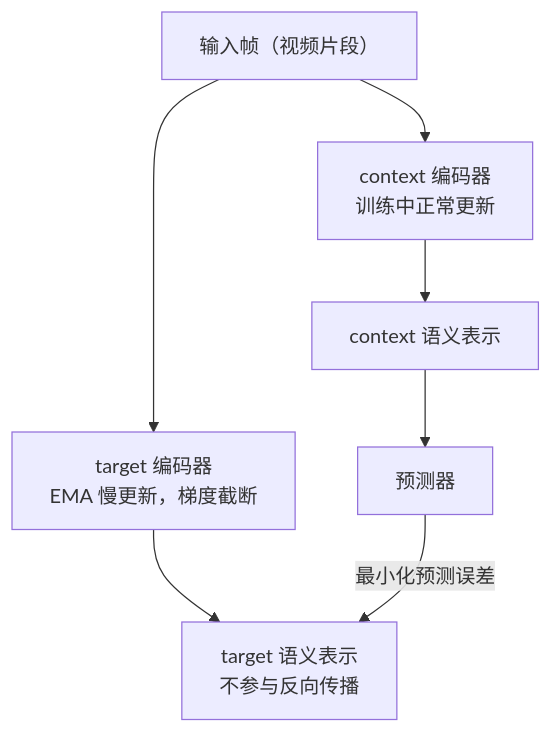
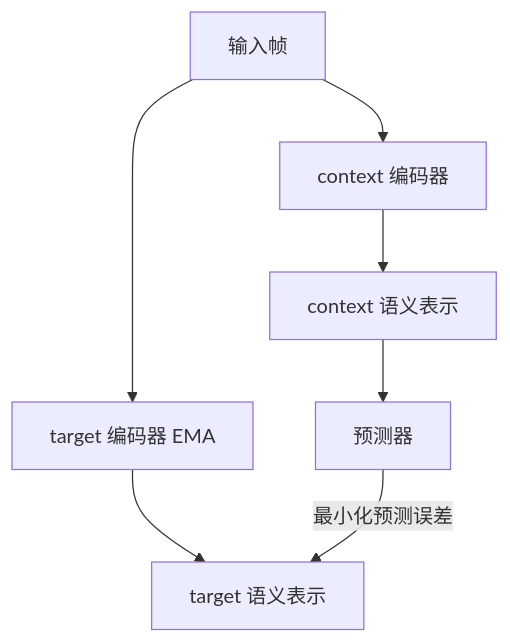
Before and after one commit to zhimin-z/learn-world-model: the diagram in docs/zh/lectures/lecture-03-architecture-patterns/02-architectures-jepa-rwm-wam.md, drawn with Mermaid. The commit also changed 9 other files, not shown here.

````diff
--- a/docs/zh/lectures/lecture-03-architecture-patterns/02-architectures-jepa-rwm-wam.md
+++ b/docs/zh/lectures/lecture-03-architecture-patterns/02-architectures-jepa-rwm-wam.md
@@ -25,9 +25,9 @@
 ```mermaid
 flowchart TD
-    X["输入帧（视频片段）"] --> CE["context 编码器\n训练中正常更新"]
-    X --> TE["target 编码器\nEMA 慢更新，梯度截断"]
-    CE --> SX["context 语义表示"]
-    TE --> SY["target 语义表示\n不参与反向传播"]
-    SX --> P["预测器"]
-    P -->|"最小化预测误差"| SY
+    X[输入帧] --> CE[context 编码器]
+    X --> TE[target 编码器 EMA]
+    CE --> SX[context 语义表示]
+    TE --> SY[target 语义表示]
+    SX --> P[预测器]
+    P -->|最小化预测误差| SY
 ```
````
